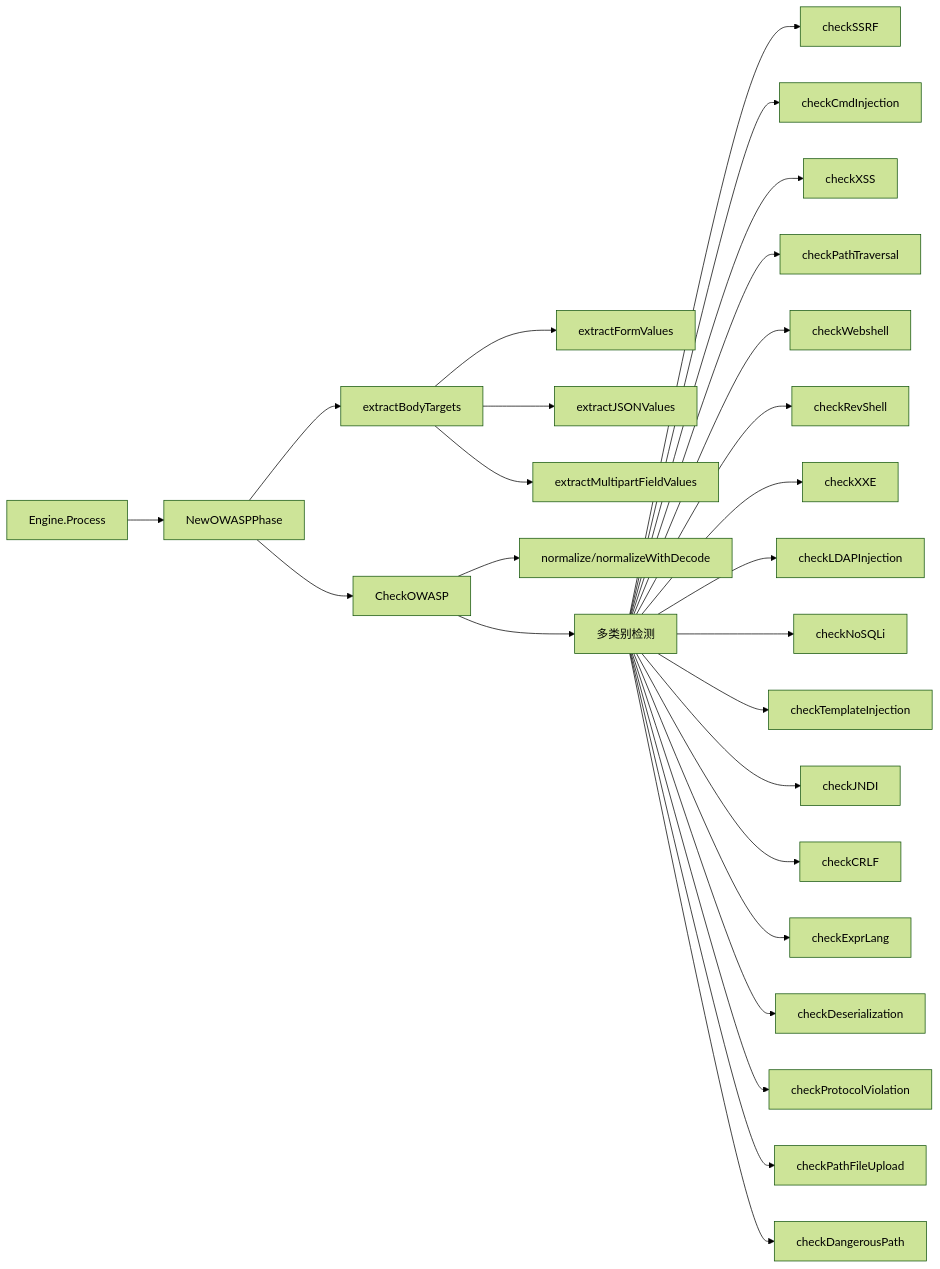
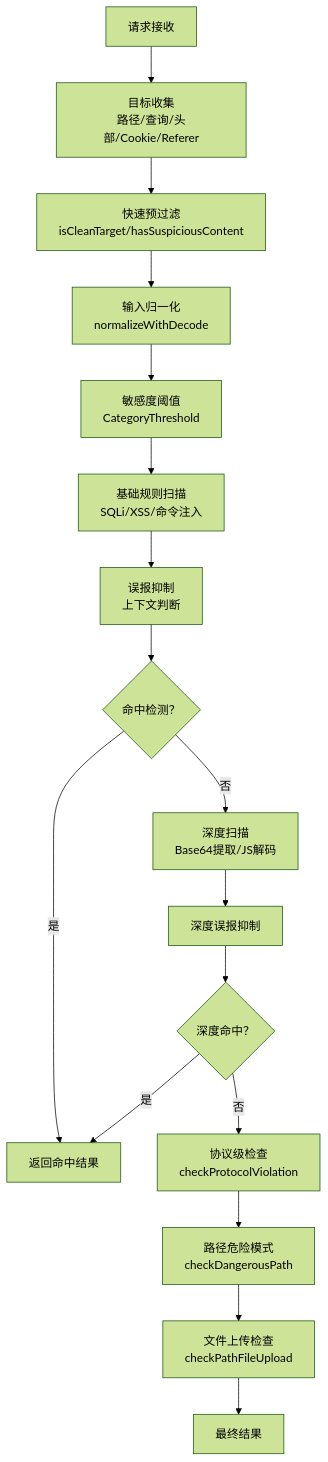
The sixth of 20 diagrams in docs/WAF 引擎系统/处理阶段详解/OWASP 默认检测阶段.md (x01n/My-OpenWaf), drawn with Mermaid (forest theme) before and after one commit. The commit also changed other lines of this file and 199 other files, not shown here.

````diff
--- a/docs/WAF 引擎系统/处理阶段详解/OWASP 默认检测阶段.md
+++ b/docs/WAF 引擎系统/处理阶段详解/OWASP 默认检测阶段.md
@@ -258,28 +282,19 @@
 ```mermaid
-graph LR
-Engine["Engine.Process"] --> OWASPPhase["NewOWASPPhase"]
-OWASPPhase --> Extract["extractBodyTargets"]
-Extract --> Form["extractFormValues"]
-Extract --> JSON["extractJSONValues"]
-Extract --> Multipart["extractMultipartFieldValues"]
-OWASPPhase --> CheckOWASP["CheckOWASP"]
-CheckOWASP --> Normalize["normalize/normalizeWithDecode"]
-CheckOWASP --> Detect["多类别检测"]
-Detect --> SSRF["checkSSRF"]
-Detect --> Cmd["checkCmdInjection"]
-Detect --> XSS["checkXSS"]
-Detect --> Path["checkPathTraversal"]
-Detect --> Webshell["checkWebshell"]
-Detect --> RevShell["checkRevShell"]
-Detect --> XXE["checkXXE"]
-Detect --> LDAP["checkLDAPInjection"]
-Detect --> NoSQL["checkNoSQLi"]
-Detect --> Tmpl["checkTemplateInjection"]
-Detect --> JNDI["checkJNDI"]
-Detect --> CRLF["checkCRLF"]
-Detect --> Expr["checkExprLang"]
-Detect --> Deser["checkDeserialization"]
-Detect --> Proto["checkProtocolViolation"]
-Detect --> PathUpload["checkPathFileUpload"]
-Detect --> Danger["checkDangerousPath"]
+flowchart TD
+A["请求接收"] --> B["目标收集<br/>路径/查询/头部/Cookie/Referer"]
+B --> C["快速预过滤<br/>isCleanTarget/hasSuspiciousContent"]
+C --> D["输入归一化<br/>normalizeWithDecode"]
+D --> E["敏感度阈值<br/>CategoryThreshold"]
+E --> F["基础规则扫描<br/>SQLi/XSS/命令注入"]
+F --> G["误报抑制<br/>上下文判断"]
+G --> H{"命中检测？"}
+H --> |是| I["返回命中结果"]
+H --> |否| J["深度扫描<br/>Base64提取/JS解码"]
+J --> K["深度误报抑制"]
+K --> L{"深度命中？"}
+L --> |是| I
+L --> |否| M["协议级检查<br/>checkProtocolViolation"]
+M --> N["路径危险模式<br/>checkDangerousPath"]
+N --> O["文件上传检查<br/>checkPathFileUpload"]
+O --> P["最终结果"]
 ```
````
